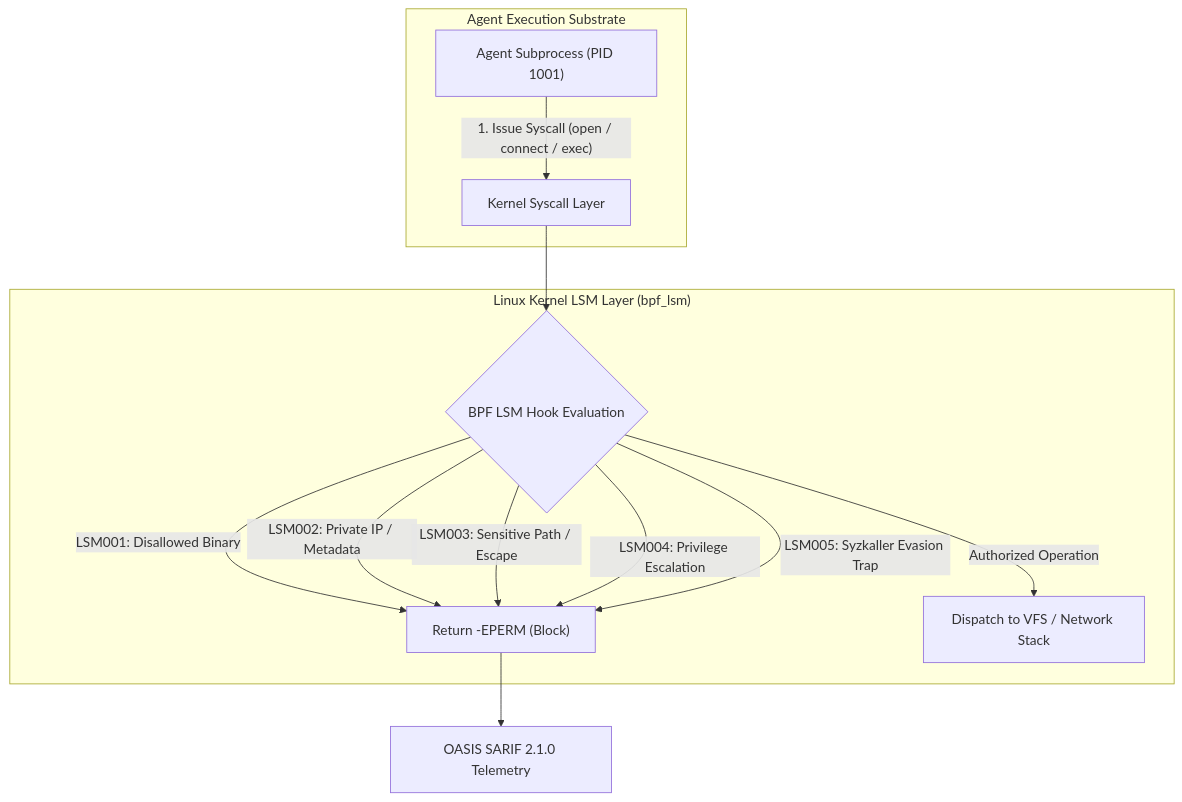
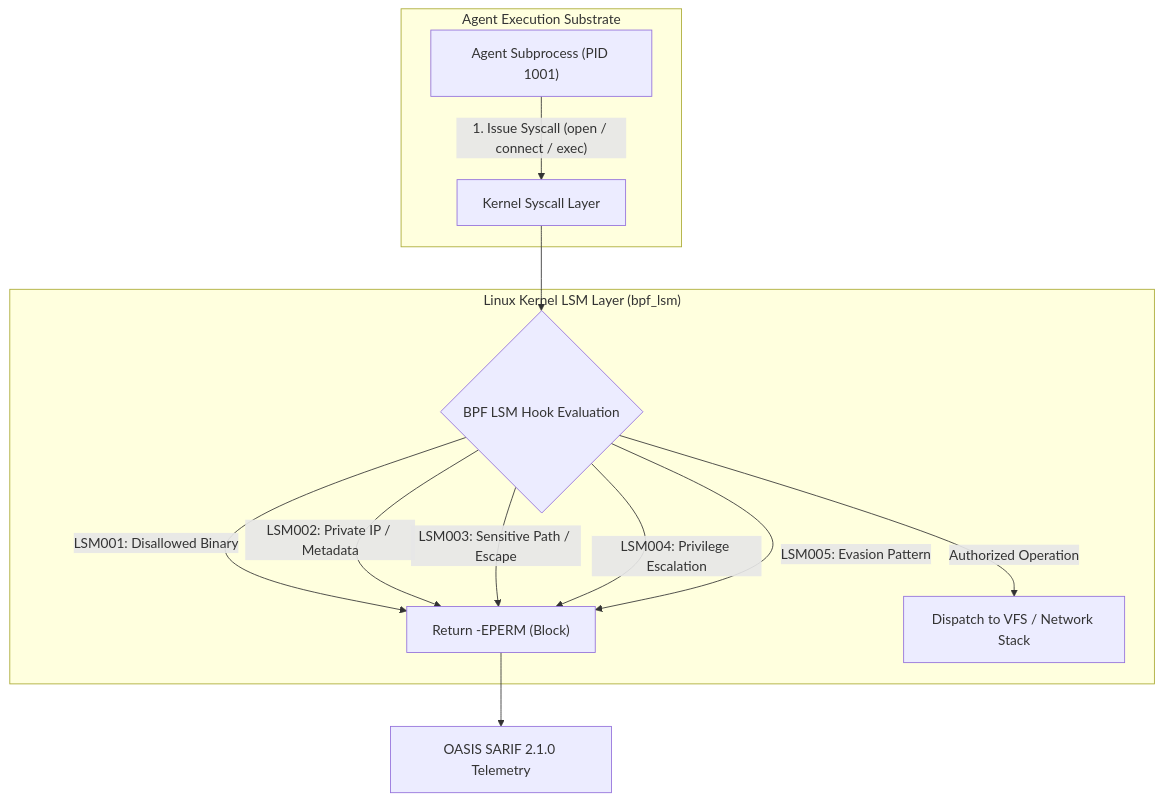
The diagram in examples/ebpf-lsm-kernel-gate/README.md (dan-petty/vibes), drawn with Mermaid before and after one commit. The commit also changed other lines of this file and 248 other files, not shown here.

````diff
--- a/examples/ebpf-lsm-kernel-gate/README.md
+++ b/examples/ebpf-lsm-kernel-gate/README.md
@@ -13,18 +13,18 @@
 ```mermaid
 flowchart TD
     subgraph AgentWorkload["Agent Execution Substrate"]
         A["Agent Subprocess (PID 1001)"] -->|"1. Issue Syscall (open / connect / exec)"| B["Kernel Syscall Layer"]
     end
 
     subgraph KernelBoundary["Linux Kernel LSM Layer (bpf_lsm)"]
         B --> C{"BPF LSM Hook Evaluation"}
         C -->|"LSM001: Disallowed Binary"| D["Return -EPERM (Block)"]
         C -->|"LSM002: Private IP / Metadata"| D
         C -->|"LSM003: Sensitive Path / Escape"| D
         C -->|"LSM004: Privilege Escalation"| D
-        C -->|"LSM005: Syzkaller Evasion Trap"| D
+        C -->|"LSM005: Evasion Pattern"| D
         C -->|"Authorized Operation"| E["Dispatch to VFS / Network Stack"]
     end
 
     D --> F["OASIS SARIF 2.1.0 Telemetry"]
 ```
````
